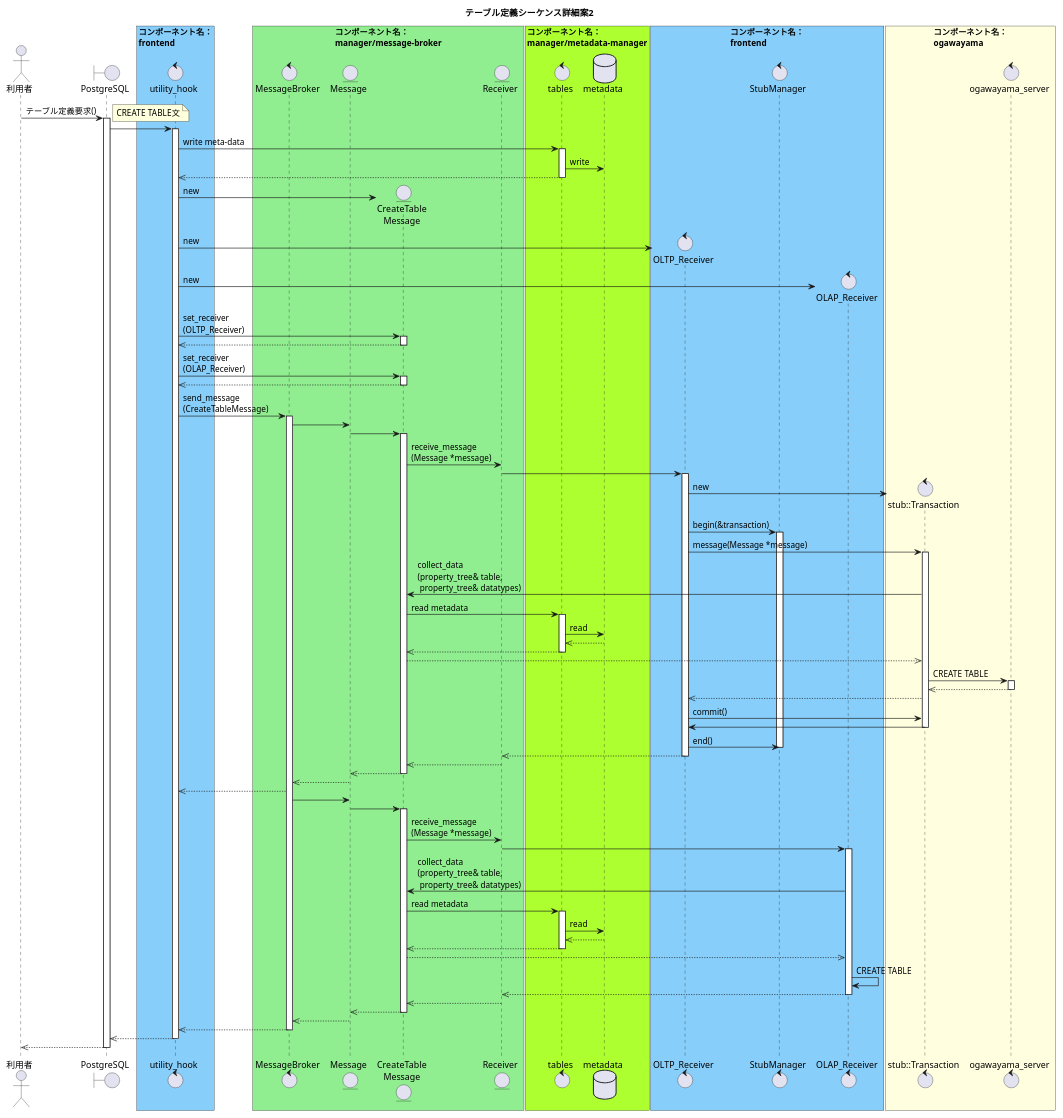
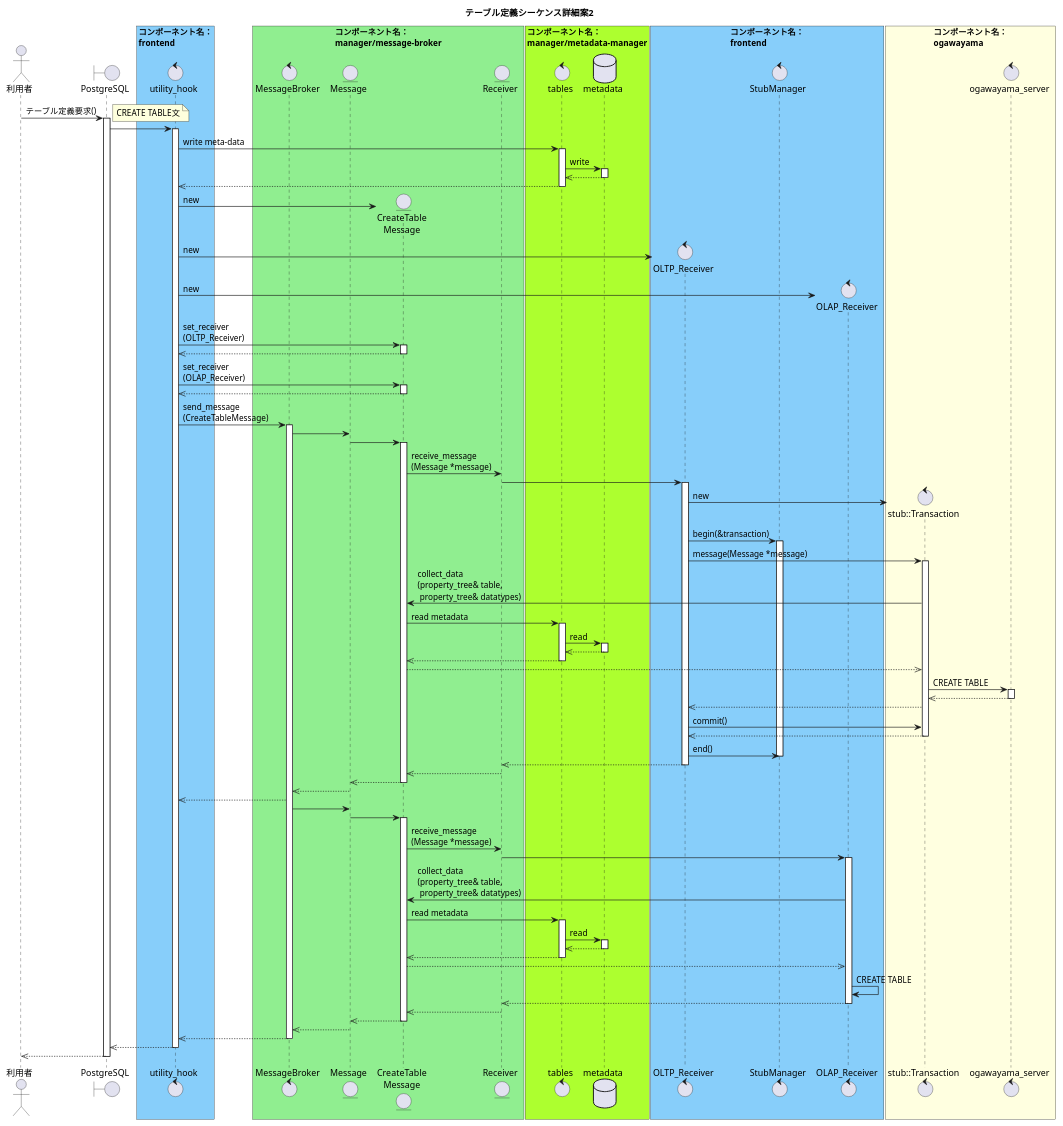
One commit to project-tsurugi/tsurugi_fdw changed the second of 2 diagrams in docs/design/img/CREATE_TABLE_detail.pu. Above: the diagram before and after it, drawn with PlantUML. The commit also changed other lines of this file and 3 other files, not shown here.

Commit message:
trivial fix about sequence diagram

```diff
--- a/docs/design/img/CREATE_TABLE_detail.pu
+++ b/docs/design/img/CREATE_TABLE_detail.pu
@@ -151,140 +158,147 @@
 @startuml テーブル定義シーケンス詳細案2
 
 title テーブル定義シーケンス詳細案2
 
 actor 利用者
 boundary PostgreSQL
 
 box "コンポーネント名：\nfrontend" #LightSkyBlue
 control utility_hook
 end box
 
 box "コンポーネント名：\nmanager/message-broker" #LightGreen
 control MessageBroker
 entity Message
 entity "CreateTable\nMessage" as concrete_message
 entity Receiver
 end box
 
 box "コンポーネント名：\nmanager/metadata-manager" #GreenYellow
 control tables
 database metadata
 end box
 
 box "コンポーネント名：\nfrontend" #LightSkyBlue
 control "OLTP_Receiver" as oltp_receiver
 control StubManager
 control "OLAP_Receiver" as olap_receiver
 end box
 
 box "コンポーネント名：\nogawayama" #LightYellow
 control "stub::Transaction" as tran
 control ogawayama_server
 end box
 
 利用者 -> PostgreSQL : テーブル定義要求()
 activate PostgreSQL
 note right
 CREATE TABLE文
 end note
 
 PostgreSQL -> utility_hook
 activate utility_hook
   ' write meta-data
   utility_hook -> tables : write meta-data
   activate tables
     tables -> metadata : write
+    activate metadata
+    tables <<-- metadata
+    deactivate metadata
     utility_hook <<-- tables
   deactivate tables
 
   ' create objects
   create concrete_message
   utility_hook -> concrete_message : new
   create oltp_receiver
   utility_hook -> oltp_receiver : new
   create olap_receiver
   utility_hook -> olap_receiver : new
 
   ' set receiver
   utility_hook -> concrete_message : set_receiver\n(OLTP_Receiver)
   activate concrete_message
     utility_hook <<-- concrete_message
   deactivate concrete_message
   utility_hook -> concrete_message : set_receiver\n(OLAP_Receiver)
   activate concrete_message
     utility_hook <<-- concrete_message
   deactivate concrete_message
 
   ' send message to MessageBroker
   utility_hook -> MessageBroker : send_message\n(CreateTableMessage)
   activate MessageBroker
 
   ' execute command
   MessageBroker -> Message
   Message -> concrete_message
   activate concrete_message
     concrete_message -> Receiver : receive_message\n(Message *message)
     Receiver -> oltp_receiver
 
   ' begin transaction
   create tran
   activate oltp_receiver
   oltp_receiver -> tran : new
   oltp_receiver -> StubManager : begin(&transaction)
   activate StubManager
   oltp_receiver -> tran : message(Message *message)
   activate tran
     tran -> concrete_message : collect_data\n(property_tree& table,\n property_tree& datatypes)
     concrete_message -> tables : read metadata
       activate tables
       tables -> metadata : read
+      activate metadata
       tables <<-- metadata
+      deactivate metadata
       concrete_message <<-- tables
       deactivate tables
         tran <<-- concrete_message
         tran -> ogawayama_server : CREATE TABLE
           activate ogawayama_server
             tran <<-- ogawayama_server
           deactivate ogawayama_server
         oltp_receiver <<-- tran
         oltp_receiver -> tran : commit()
-        tran -> oltp_receiver
+        oltp_receiver <<-- tran
       deactivate tran
     oltp_receiver -> StubManager : end()
     deactivate StubManager
     Receiver <<-- oltp_receiver
     deactivate oltp_receiver
     concrete_message <<-- Receiver
   Message <<-- concrete_message
   deactivate concrete_message
   MessageBroker <<-- Message
   utility_hook <<-- MessageBroker
   MessageBroker -> Message
   Message -> concrete_message
   activate concrete_message
     concrete_message -> Receiver : receive_message\n(Message *message)
     Receiver -> olap_receiver
     activate olap_receiver
       olap_receiver -> concrete_message: collect_data\n(property_tree& table,\n property_tree& datatypes)
       concrete_message -> tables: read metadata
       activate tables
       tables -> metadata : read
+      activate metadata
       tables <<-- metadata
+      deactivate metadata
       concrete_message <<-- tables
       deactivate tables
       olap_receiver <<-- concrete_message
       olap_receiver -> olap_receiver : CREATE TABLE
       Receiver <<-- olap_receiver
       deactivate olap_receiver
       concrete_message <<-- Receiver
   Message <<-- concrete_message
   deactivate concrete_message
   MessageBroker <<-- Message
   utility_hook <<-- MessageBroker
   deactivate MessageBroker
 PostgreSQL <<-- utility_hook
 deactivate utility_hook
 利用者 <<-- PostgreSQL
 deactivate PostgreSQL
 
 @enduml
```
